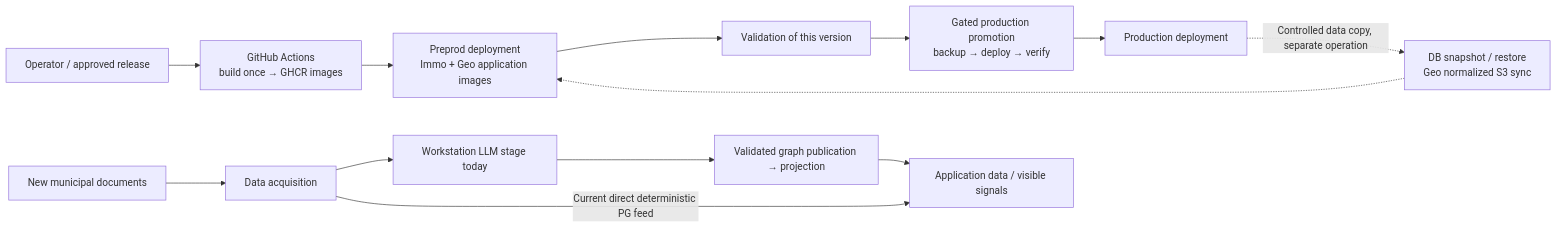
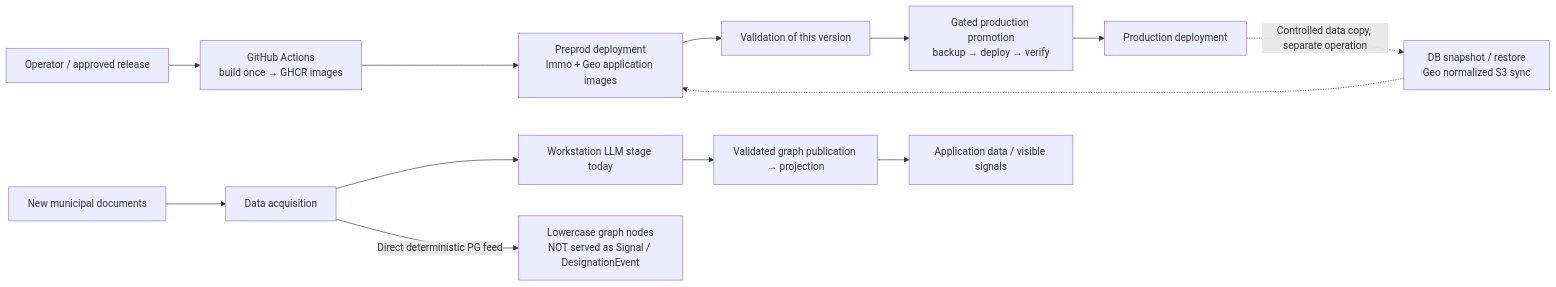
The fourth of 4 diagrams in docs/architecture.md (rhanka/radar-immobilier), drawn with Mermaid before and after one commit. The commit also changed other lines of this file and 2 other files, not shown here.

Commit message:
docs(architecture): correct the served-signal processing boundary

````diff
--- a/docs/architecture.md
+++ b/docs/architecture.md
@@ -307,15 +309,15 @@
 ```mermaid
 flowchart LR
   operator["Operator / approved release"] --> ci["GitHub Actions<br/>build once → GHCR images"]
   ci --> pp["Preprod deployment<br/>Immo + Geo application images"]
   pp --> acceptance["Validation of this version"]
   acceptance --> promote["Gated production promotion<br/>backup → deploy → verify"]
   promote --> prod["Production deployment"]
   prod -.->|"Controlled data copy, separate operation"| refresh["DB snapshot / restore<br/>Geo normalized S3 sync"]
   refresh -.-> pp
   corpus["New municipal documents"] --> scrape["Data acquisition"]
   scrape --> local["Workstation LLM stage today"]
   local --> projection["Validated graph publication → projection"]
   projection --> appdata["Application data / visible signals"]
-  scrape -->|"Current direct deterministic PG feed"| appdata
+  scrape -->|"Direct deterministic PG feed"| interim["Lowercase graph nodes<br/>NOT served as Signal / DesignationEvent"]
 ```
````
